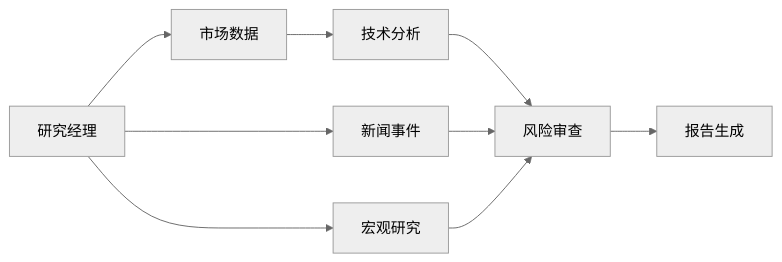
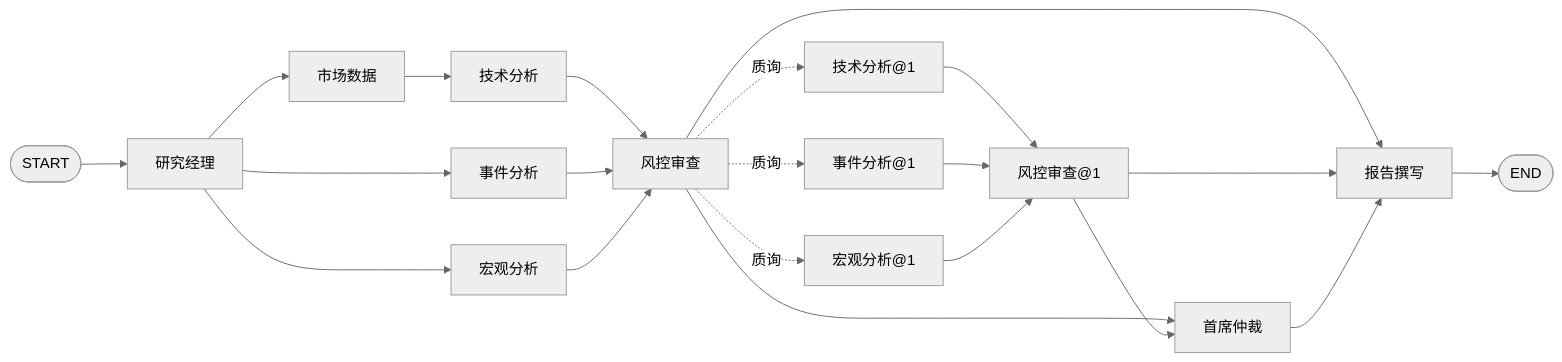
The diagram in docs/architecture.md (chriseven8/Atlas-Research), drawn with Mermaid (neutral theme) before and after one commit. The commit also changed other lines of this file and 1 other file, not shown here.

Commit message:
docs: 描述条件路由多 Agent 协作
README 与架构文档此前仍写着「固定七角色图」「没有任意循环」「模型每任务
最多 1 次调用、2400 tokens」，与实现（八角色、质询返工回边、12 次 / 4000）
已经不一致，作为简历项目的卖点也读不出多 Agent 协作的层次。

改为按实际实现描述：八个常驻角色的条件路由图、研究计划决定可选角色、
质询触发一轮返工、方向冲突时仲裁裁决，并补上「为什么被跳过的节点仍要
写入输出」（避免汇合屏障死锁）的取舍说明。

````diff
--- a/docs/architecture.md
+++ b/docs/architecture.md
@@ -9,11 +9,23 @@
 ```mermaid
 flowchart LR
-  manager[研究经理] --> market[市场数据]
-  manager --> news[新闻事件]
-  manager --> macro[宏观研究]
+  START([START]) --> manager[研究经理]
+  manager --> market[市场数据]
+  manager --> news[事件分析]
+  manager --> macro[宏观分析]
   market --> technical[技术分析]
-  technical --> risk[风险审查]
+  technical --> risk[风控审查]
   news --> risk
   macro --> risk
-  risk --> report[报告生成]
+  risk -.质询.-> technical1["技术分析@1"]
+  risk -.质询.-> news1["事件分析@1"]
+  risk -.质询.-> macro1["宏观分析@1"]
+  technical1 --> risk1["风控审查@1"]
+  news1 --> risk1
+  macro1 --> risk1
+  risk --> arbiter[首席仲裁]
+  risk1 --> arbiter
+  risk --> report[报告撰写]
+  risk1 --> report
+  arbiter --> report
+  report --> END([END])
 ```
````
